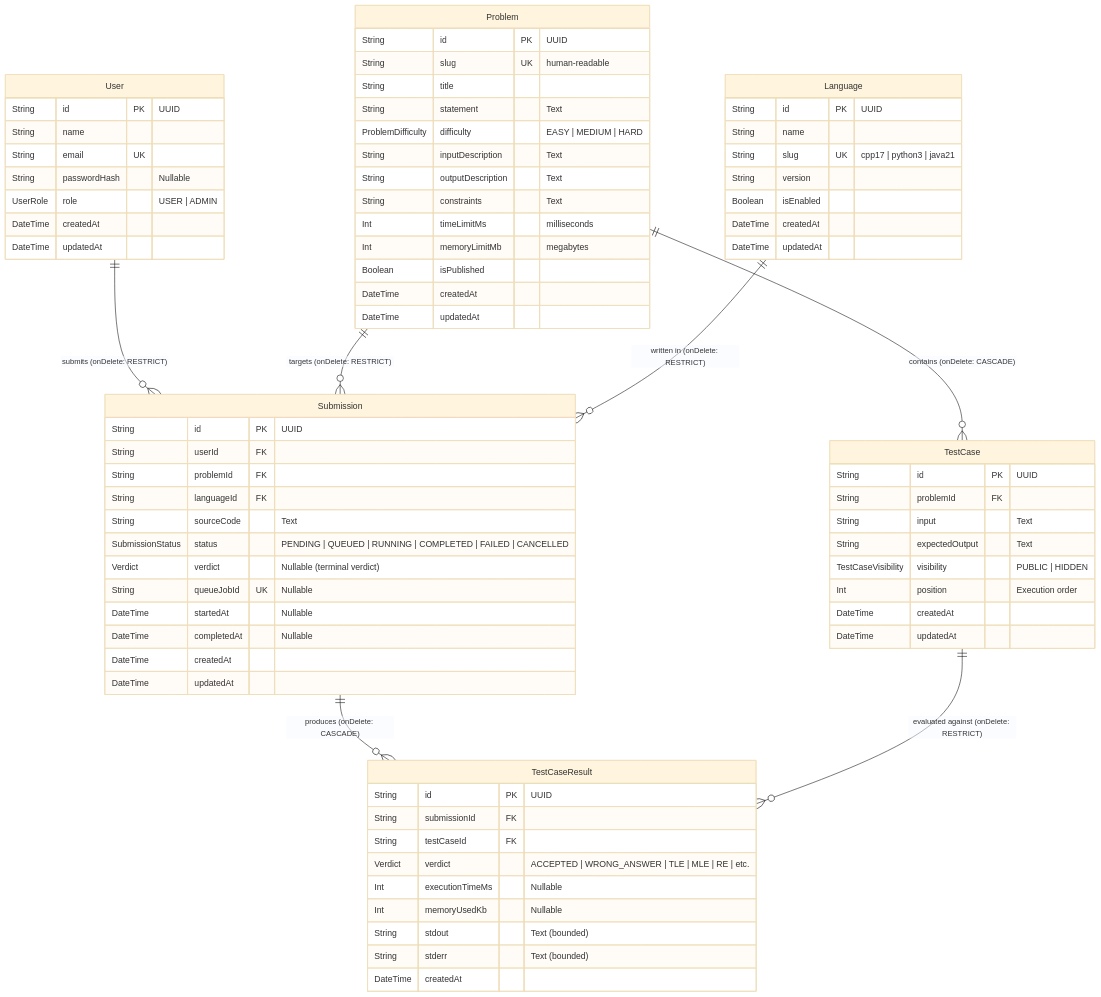
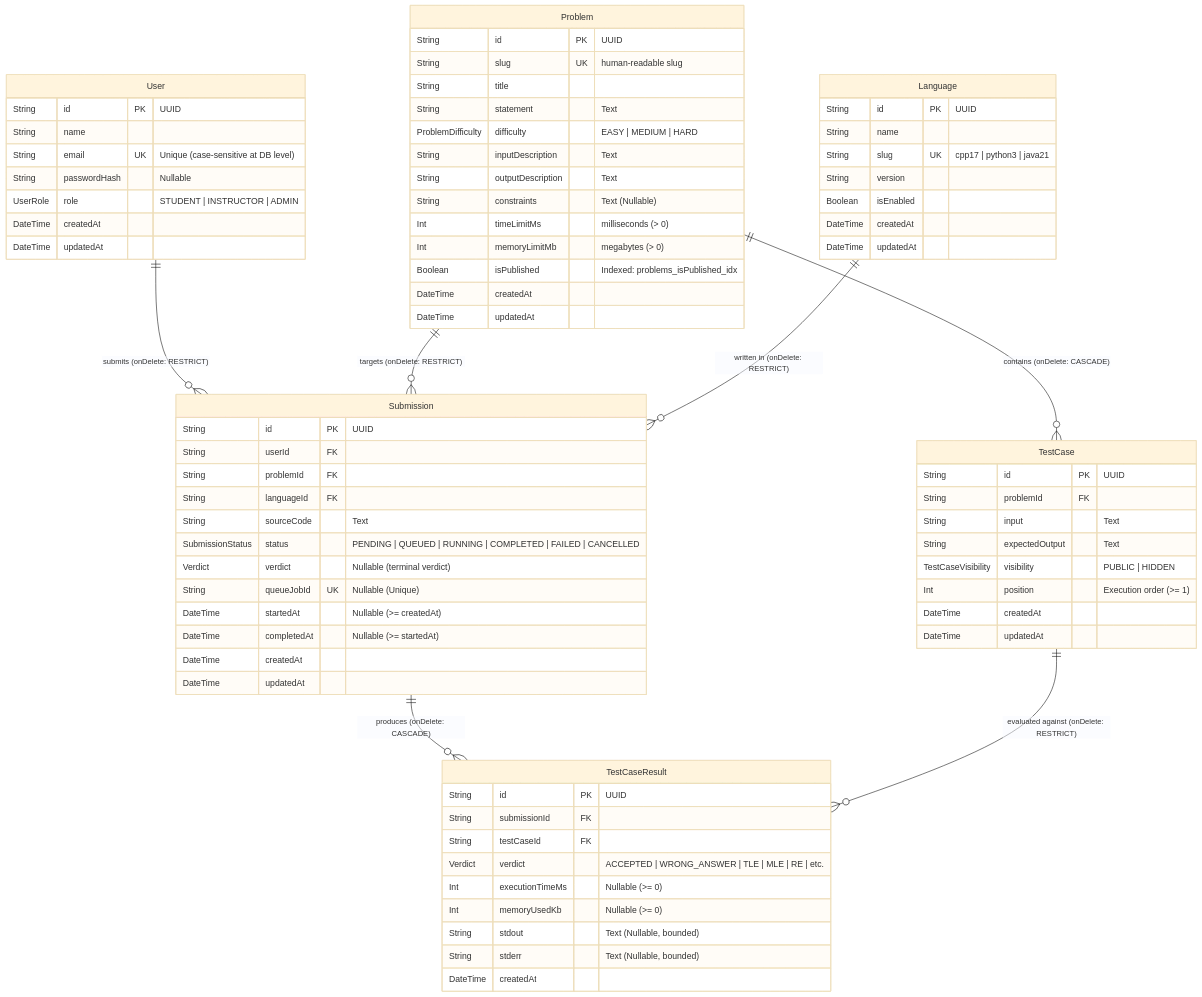
The diagram in docs/architecture/database-schema.md (Anonav0/GradeSTAR), drawn with Mermaid (base theme) before and after one commit. The commit also changed other lines of this file and 11 other files, not shown here.

````diff
--- a/docs/architecture/database-schema.md
+++ b/docs/architecture/database-schema.md
@@ -26,25 +26,25 @@
     User {
         String id PK "UUID"
         String name
-        String email UK
+        String email UK "Unique (case-sensitive at DB level)"
         String passwordHash "Nullable"
-        UserRole role "USER | ADMIN"
+        UserRole role "STUDENT | INSTRUCTOR | ADMIN"
         DateTime createdAt
         DateTime updatedAt
     }
 
     Problem {
         String id PK "UUID"
-        String slug UK "human-readable"
+        String slug UK "human-readable slug"
         String title
         String statement "Text"
         ProblemDifficulty difficulty "EASY | MEDIUM | HARD"
         String inputDescription "Text"
         String outputDescription "Text"
-        String constraints "Text"
-        Int timeLimitMs "milliseconds"
-        Int memoryLimitMb "megabytes"
-        Boolean isPublished
+        String constraints "Text (Nullable)"
+        Int timeLimitMs "milliseconds (> 0)"
+        Int memoryLimitMb "megabytes (> 0)"
+        Boolean isPublished "Indexed: problems_isPublished_idx"
         DateTime createdAt
         DateTime updatedAt
     }
@@ -65,7 +65,7 @@
         String input "Text"
         String expectedOutput "Text"
         TestCaseVisibility visibility "PUBLIC | HIDDEN"
-        Int position "Execution order"
+        Int position "Execution order (>= 1)"
         DateTime createdAt
         DateTime updatedAt
     }
@@ -78,9 +78,9 @@
         String sourceCode "Text"
         SubmissionStatus status "PENDING | QUEUED | RUNNING | COMPLETED | FAILED | CANCELLED"
         Verdict verdict "Nullable (terminal verdict)"
-        String queueJobId UK "Nullable"
-        DateTime startedAt "Nullable"
-        DateTime completedAt "Nullable"
+        String queueJobId UK "Nullable (Unique)"
+        DateTime startedAt "Nullable (>= createdAt)"
+        DateTime completedAt "Nullable (>= startedAt)"
         DateTime createdAt
         DateTime updatedAt
     }
@@ -90,10 +90,10 @@
         String submissionId FK
         String testCaseId FK
         Verdict verdict "ACCEPTED | WRONG_ANSWER | TLE | MLE | RE | etc."
-        Int executionTimeMs "Nullable"
-        Int memoryUsedKb "Nullable"
-        String stdout "Text (bounded)"
-        String stderr "Text (bounded)"
+        Int executionTimeMs "Nullable (>= 0)"
+        Int memoryUsedKb "Nullable (>= 0)"
+        String stdout "Text (Nullable, bounded)"
+        String stderr "Text (Nullable, bounded)"
         DateTime createdAt
     }
 ```
````
